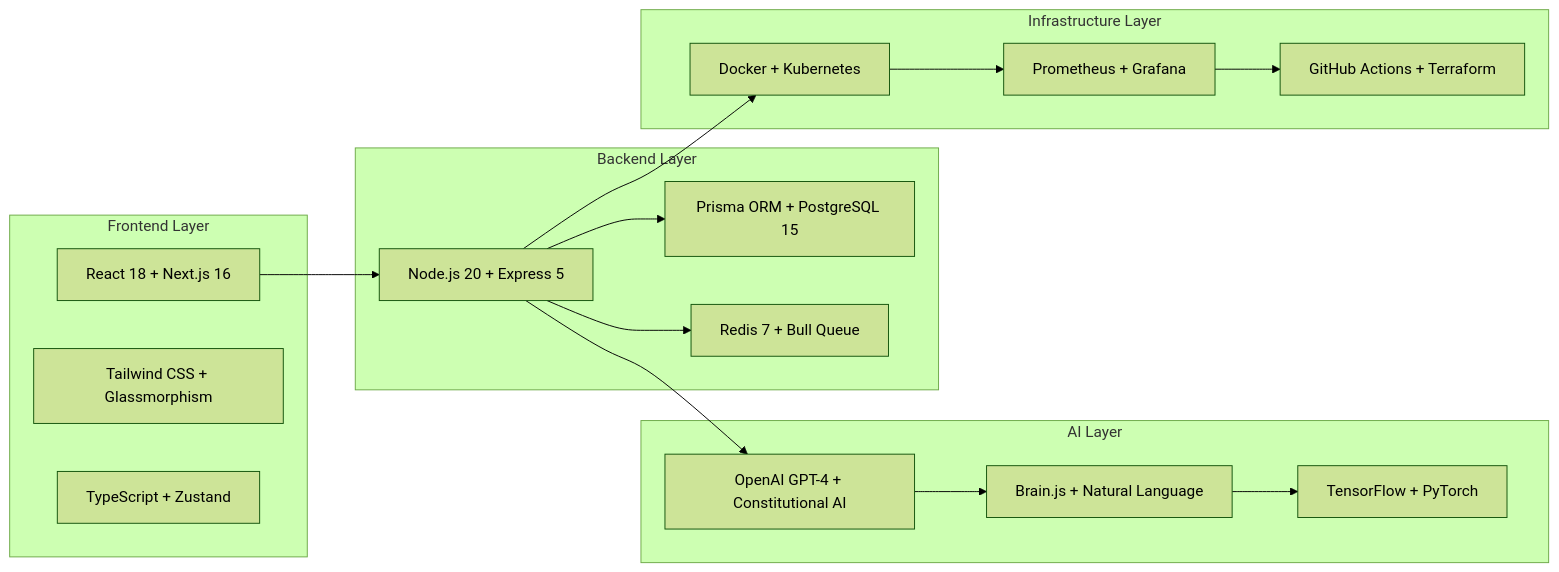
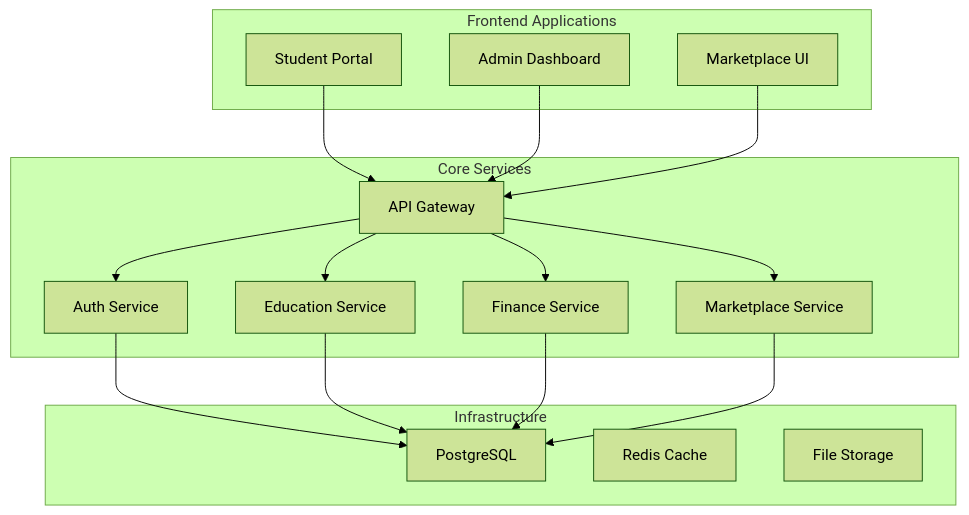
The diagram in README.md (Azora-OS/azora), drawn with Mermaid (forest theme) before and after one commit. The commit also changed other lines of this file and 2235 other files, not shown here.

````diff
--- a/README.md
+++ b/README.md
@@ -207,36 +120,34 @@
 ```mermaid
-graph LR
-    subgraph "Frontend Layer"
-        A[React 18 + Next.js 16]
-        B[Tailwind CSS + Glassmorphism]
-        C[TypeScript + Zustand]
+graph TB
+    subgraph "Frontend Applications"
+        A[Student Portal]
+        B[Admin Dashboard]
+        C[Marketplace UI]
     end
     
-    subgraph "Backend Layer"
-        D[Node.js 20 + Express 5]
-        E[Prisma ORM + PostgreSQL 15]
-        F[Redis 7 + Bull Queue]
+    subgraph "Core Services"
+        D[API Gateway]
+        E[Auth Service]
+        F[Education Service]
+        G[Finance Service]
+        H[Marketplace Service]
     end
     
-    subgraph "AI Layer"
-        G[OpenAI GPT-4 + Constitutional AI]
-        H[Brain.js + Natural Language]
-        I[TensorFlow + PyTorch]
-    end
-    
-    subgraph "Infrastructure Layer"
-        J[Docker + Kubernetes]
-        K[Prometheus + Grafana]
-        L[GitHub Actions + Terraform]
+    subgraph "Infrastructure"
+        I[PostgreSQL]
+        J[Redis Cache]
+        K[File Storage]
     end
     
     A --> D
+    B --> D
+    C --> D
     D --> E
     D --> F
     D --> G
-    G --> H
+    D --> H
+    E --> I
+    F --> I
+    G --> I
     H --> I
-    D --> J
-    J --> K
-    K --> L
 ```
````
